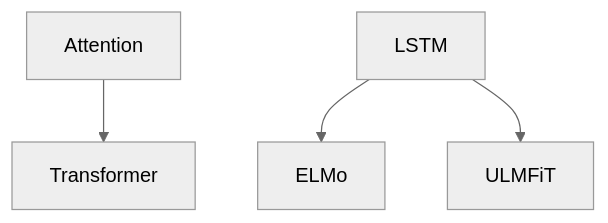
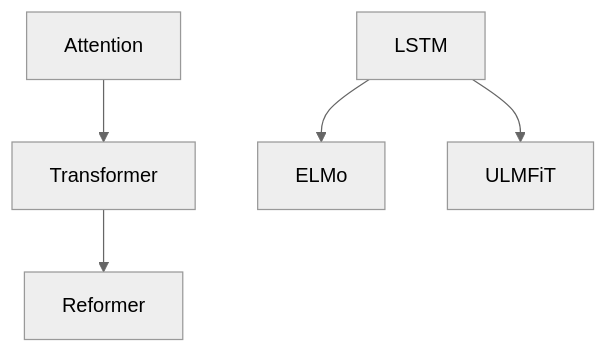
Before and after one commit to ted-sharp/chatvox: the third of 18 diagrams in doc/llm.md, drawn with Mermaid (neutral theme). The commit also changed other lines of this file, not shown here.

````diff
--- a/doc/llm.md
+++ b/doc/llm.md
@@ -139,7 +139,8 @@
 ```mermaid
 flowchart
 
 Attention --> Transformer
 LSTM --> ELMo
 LSTM --> ULMFiT
+Transformer --> Reformer
 ```
````
